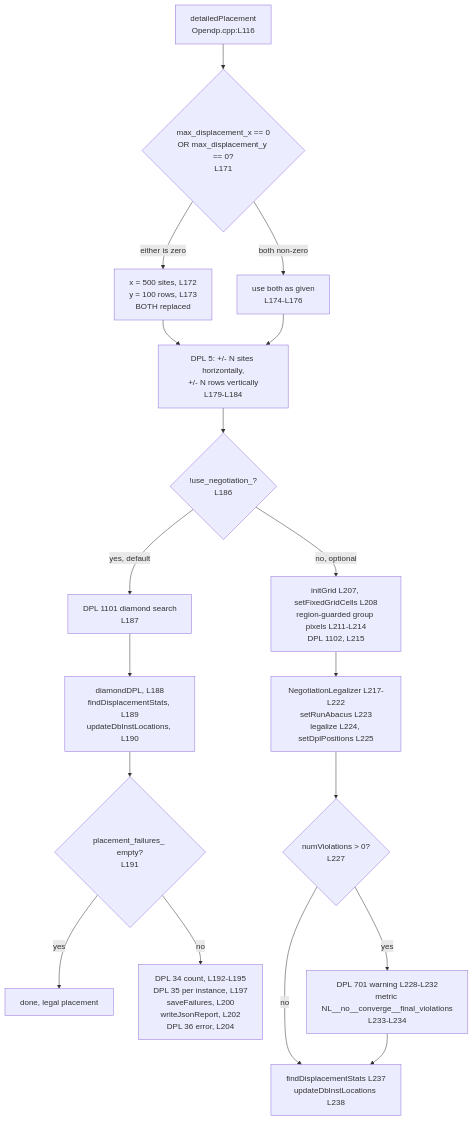
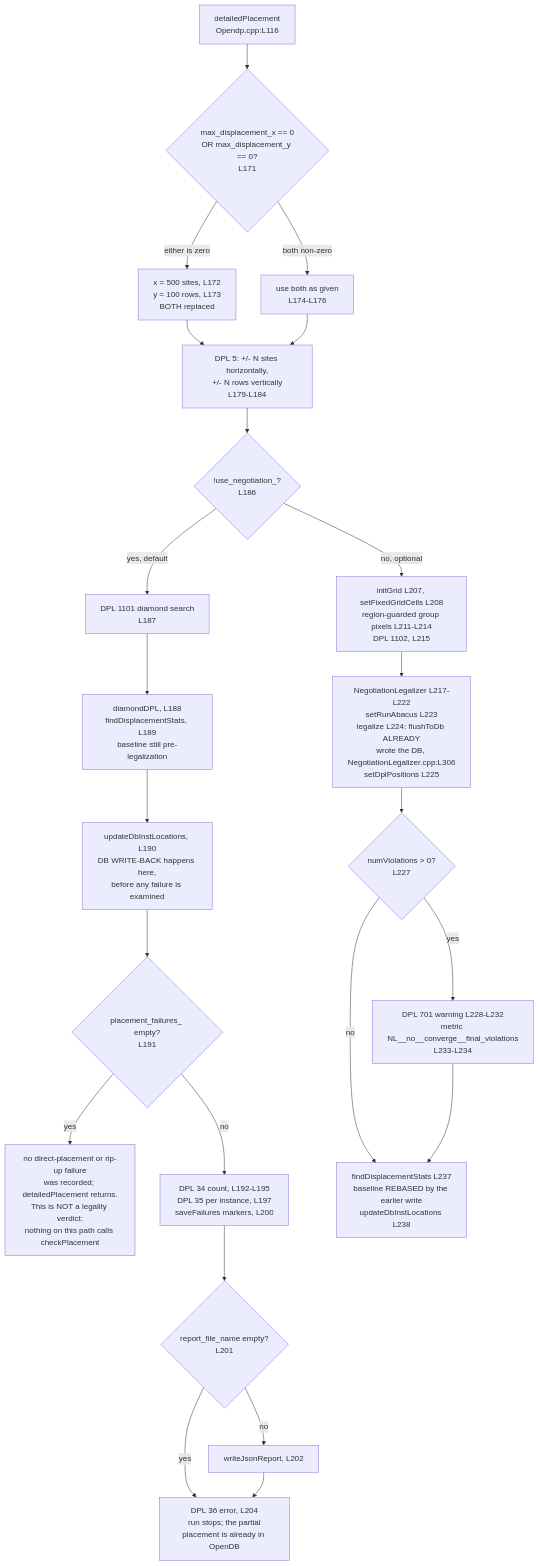
One commit to blitzy-research/OpenROAD changed the seventh of 8 diagrams in src/dpl/doc/LegalizationAlgorithm.md. Above: the diagram before and after it, drawn with Mermaid. The commit also changed other lines of this file and 5 other files, not shown here.

First line of the commit message:
docs(dpl): document the detailed placement legalization algorithm

````diff
--- a/src/dpl/doc/LegalizationAlgorithm.md
+++ b/src/dpl/doc/LegalizationAlgorithm.md
@@ -1835,20 +2266,25 @@
 ```mermaid
 flowchart TD
     A["detailedPlacement<br/>Opendp.cpp:L116"] --> B{"max_displacement_x == 0<br/>OR max_displacement_y == 0?<br/>L171"}
     B -->|either is zero| C["x = 500 sites, L172<br/>y = 100 rows, L173<br/>BOTH replaced"]
     B -->|both non-zero| D["use both as given<br/>L174-L176"]
     C --> E["DPL 5: +/- N sites horizontally,<br/>+/- N rows vertically<br/>L179-L184"]
     D --> E
     E --> F{"!use_negotiation_?<br/>L186"}
     F -->|yes, default| G["DPL 1101 diamond search<br/>L187"]
-    G --> H["diamondDPL, L188<br/>findDisplacementStats, L189<br/>updateDbInstLocations, L190"]
-    H --> I{"placement_failures_ empty?<br/>L191"}
-    I -->|yes| J["done, legal placement"]
-    I -->|no| K["DPL 34 count, L192-L195<br/>DPL 35 per instance, L197<br/>saveFailures, L200<br/>writeJsonReport, L202<br/>DPL 36 error, L204"]
+    G --> H["diamondDPL, L188<br/>findDisplacementStats, L189<br/>baseline still pre-legalization"]
+    H --> H2["updateDbInstLocations, L190<br/>DB WRITE-BACK happens here,<br/>before any failure is examined"]
+    H2 --> I{"placement_failures_ empty?<br/>L191"}
+    I -->|yes| J["no direct-placement or rip-up failure<br/>was recorded; detailedPlacement returns.<br/>This is NOT a legality verdict:<br/>nothing on this path calls checkPlacement"]
+    I -->|no| K["DPL 34 count, L192-L195<br/>DPL 35 per instance, L197<br/>saveFailures markers, L200"]
+    K --> K2{"report_file_name empty?<br/>L201"}
+    K2 -->|no| K3["writeJsonReport, L202"]
+    K2 -->|yes| K4["DPL 36 error, L204<br/>run stops; the partial<br/>placement is already in OpenDB"]
+    K3 --> K4
     F -->|no, optional| L["initGrid L207, setFixedGridCells L208<br/>region-guarded group pixels L211-L214<br/>DPL 1102, L215"]
-    L --> M["NegotiationLegalizer L217-L222<br/>setRunAbacus L223<br/>legalize L224, setDplPositions L225"]
+    L --> M["NegotiationLegalizer L217-L222<br/>setRunAbacus L223<br/>legalize L224: flushToDb ALREADY<br/>wrote the DB, NegotiationLegalizer.cpp:L306<br/>setDplPositions L225"]
     M --> N{"numViolations &gt; 0?<br/>L227"}
     N -->|yes| O["DPL 701 warning L228-L232<br/>metric NL__no__converge__final_violations<br/>L233-L234"]
-    N -->|no| P["findDisplacementStats L237<br/>updateDbInstLocations L238"]
+    N -->|no| P["findDisplacementStats L237<br/>baseline REBASED by the earlier write<br/>updateDbInstLocations L238"]
     O --> P
 ```
````
